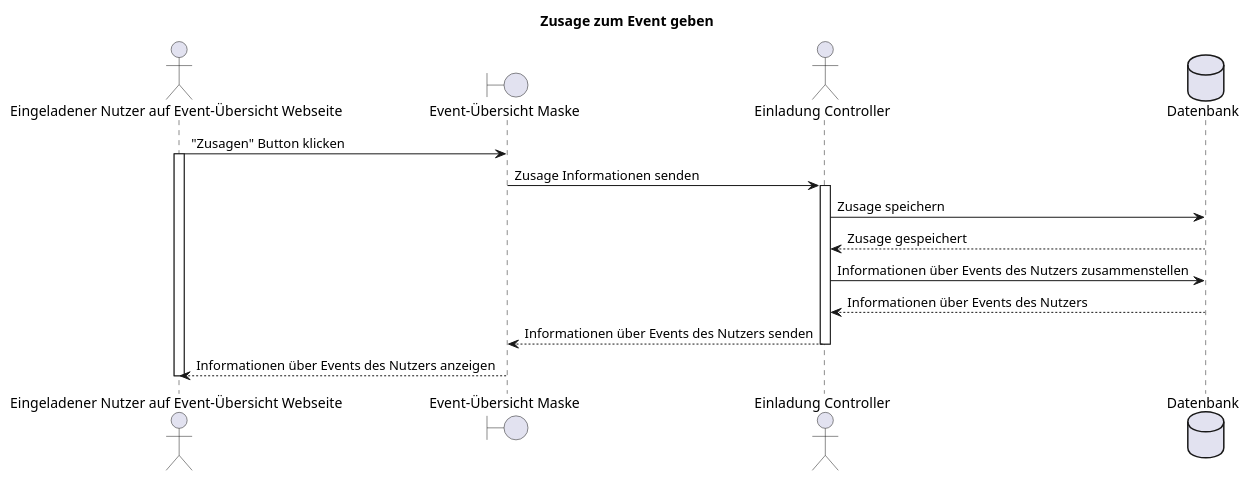
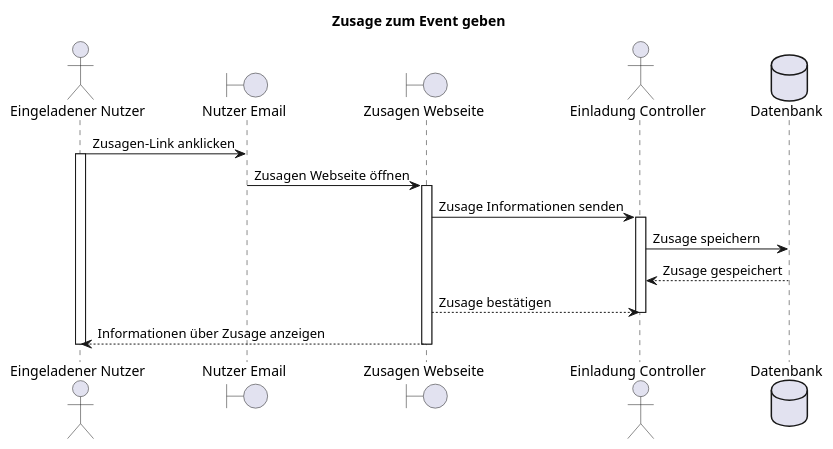
Before and after one commit to party-time-2/party-time: the diagram in docs/F008/F008_zusageZumEventGeben_seq.plantuml, drawn with PlantUML. The commit also changed 20 other files, not shown here.

Commit message:
F007, F008, F009 diagrams fix

```diff
--- a/docs/F008/F008_zusageZumEventGeben_seq.plantuml
+++ b/docs/F008/F008_zusageZumEventGeben_seq.plantuml
@@ -1,21 +1,23 @@
 @startuml F008_zusageZumEventGeben_seq
 title "Zusage zum Event geben"
 
-actor "Eingeladener Nutzer auf Event-Übersicht Webseite" as user
-boundary "Event-Übersicht Maske" as eventMask
+actor "Eingeladener Nutzer" as user
+boundary "Nutzer Email" as userMail
+boundary "Zusagen Webseite" as acceptMask
 actor "Einladung Controller" as controller
 database "Datenbank" as db
 
-user -> eventMask: "Zusagen" Button klicken
+user -> userMail: Zusagen-Link anklicken
 activate user
-eventMask -> controller: Zusage Informationen senden
+userMail -> acceptMask: Zusagen Webseite öffnen
+activate acceptMask
+acceptMask -> controller: Zusage Informationen senden
 activate controller
 controller -> db: Zusage speichern
 controller <-- db: Zusage gespeichert
-controller -> db: Informationen über Events des Nutzers zusammenstellen
-controller <-- db: Informationen über Events des Nutzers
-eventMask <-- controller: Informationen über Events des Nutzers senden
+controller <-- acceptMask: Zusage bestätigen
 deactivate controller
-user <-- eventMask: Informationen über Events des Nutzers anzeigen
+user <-- acceptMask: Informationen über Zusage anzeigen
+deactivate acceptMask
 deactivate user
 @enduml
```
